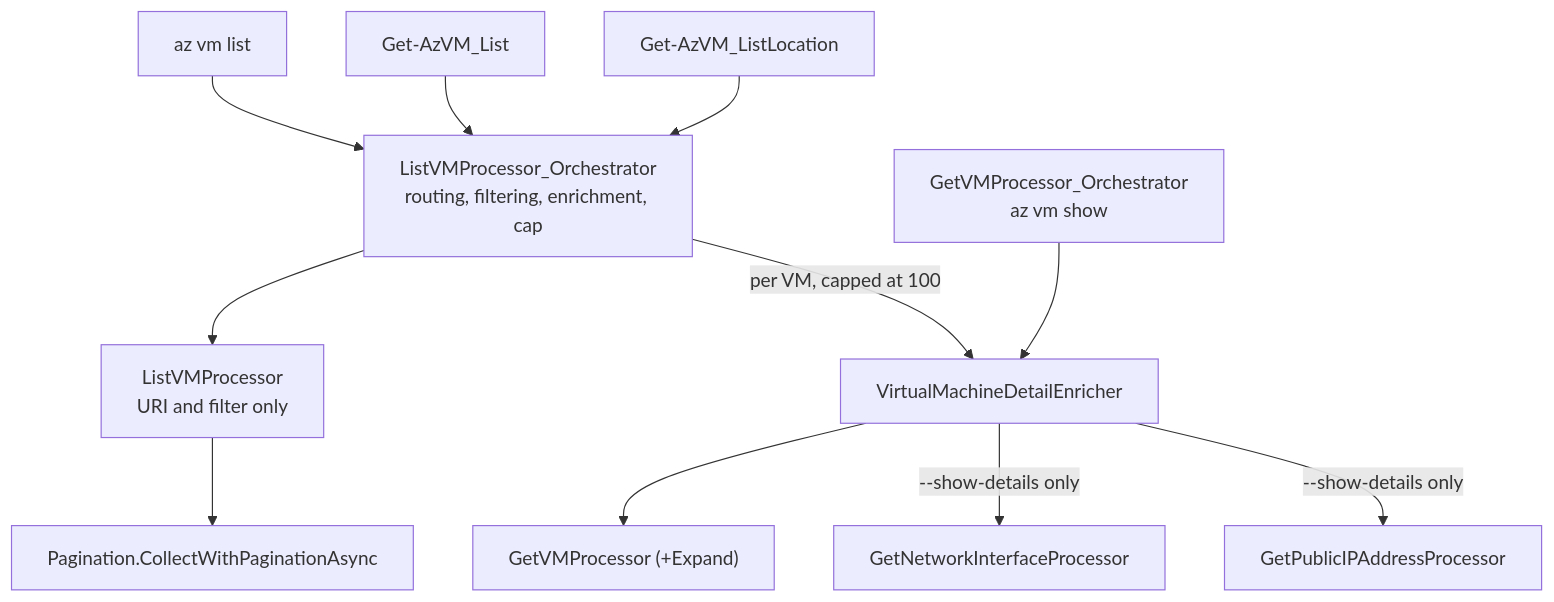
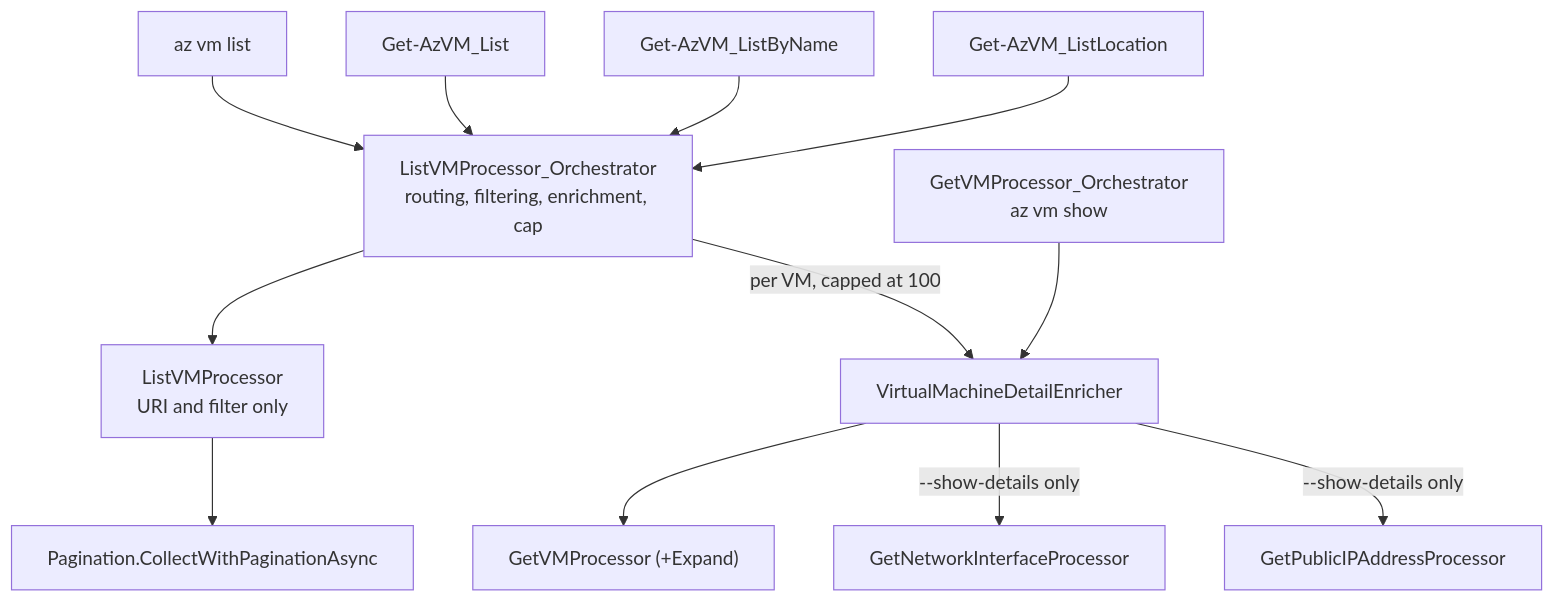
The diagram in docs/superpowers/specs/2026-09-25-vm-list-parameter-migration-design.md (Azure/azclips), drawn with Mermaid before and after one commit. The commit also changed other lines of this file and 5 other files, not shown here.

Commit message:
{Compute} Move Get-AzVM -Name into a ListByName set so -ResourceGroupName -Name binds to Get

````diff
--- a/docs/superpowers/specs/2026-09-25-vm-list-parameter-migration-design.md
+++ b/docs/superpowers/specs/2026-09-25-vm-list-parameter-migration-design.md
@@ -123,14 +125,15 @@
 ```mermaid
 flowchart TD
     CLI["az vm list"] --> ORCH
     PSL["Get-AzVM_List"] --> ORCH
+    PSNAME["Get-AzVM_ListByName"] --> ORCH
     PSLOC["Get-AzVM_ListLocation"] --> ORCH
 
     ORCH["ListVMProcessor_Orchestrator<br/>routing, filtering, enrichment, cap"] --> LVM["ListVMProcessor<br/>URI and filter only"]
     LVM --> PAGE["Pagination.CollectWithPaginationAsync"]
     ORCH -- "per VM, capped at 100" --> ENR["VirtualMachineDetailEnricher"]
     ENR --> GETVM["GetVMProcessor (+Expand)"]
     ENR -- "--show-details only" --> NIC["GetNetworkInterfaceProcessor"]
     ENR -- "--show-details only" --> PIP["GetPublicIPAddressProcessor"]
     GETVMO["GetVMProcessor_Orchestrator<br/>az vm show"] --> ENR
 ```
````
